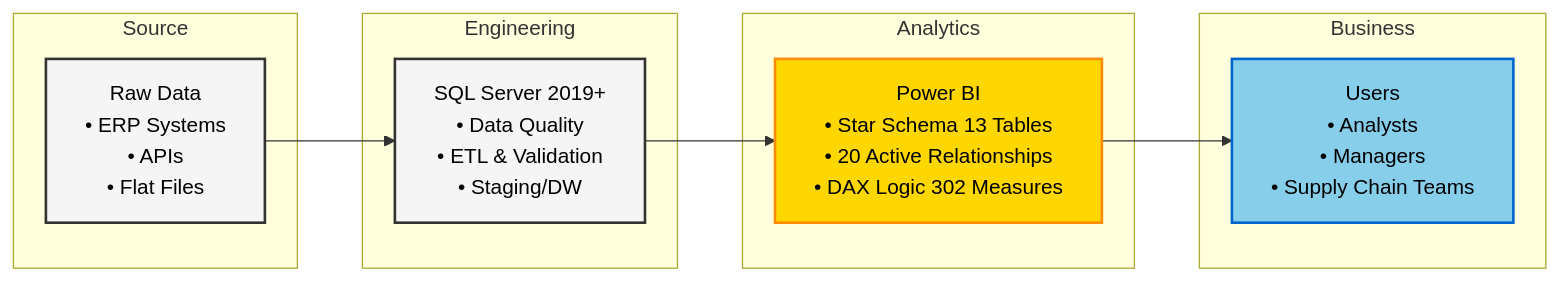
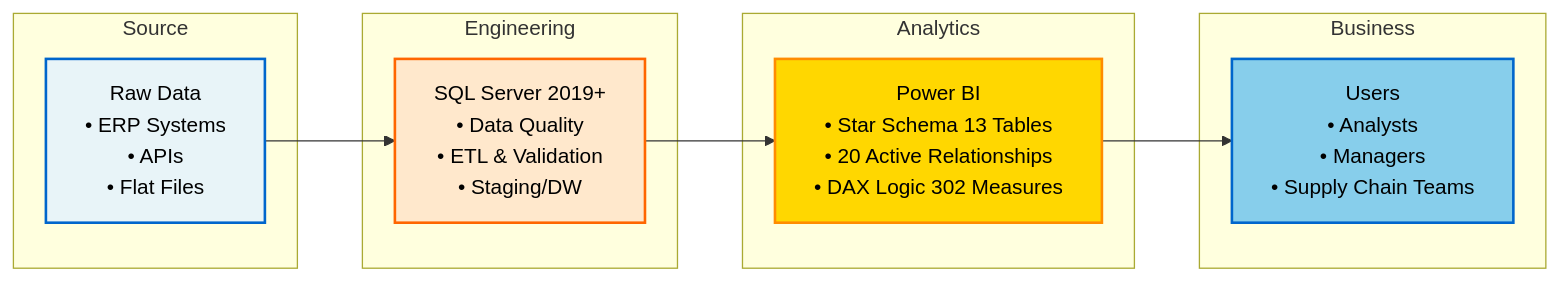
The diagram in README.md (Data-Marc/pharma-logistics-bi), drawn with Mermaid before and after one commit.

Commit message:
Add distinct colors to each architecture diagram box

````diff
--- a/README.md
+++ b/README.md
@@ -41,27 +41,27 @@
 ```mermaid
 graph LR
     subgraph "Source"
     A["Raw Data<br/>• ERP Systems<br/>• APIs<br/>• Flat Files"]
     end
     
     subgraph "Engineering"
     B["SQL Server 2019+<br/>• Data Quality<br/>• ETL & Validation<br/>• Staging/DW"]
     end
     
     subgraph "Analytics"
     C["Power BI<br/>• Star Schema 13 Tables<br/>• 20 Active Relationships<br/>• DAX Logic 302 Measures"]
     end
     
     subgraph "Business"
     D["Users<br/>• Analysts<br/>• Managers<br/>• Supply Chain Teams"]
     end
 
     A --> B
     B --> C
     C --> D
     
-    style A fill:#f5f5f5,stroke:#333,stroke-width:2px,color:#000
-    style B fill:#f5f5f5,stroke:#333,stroke-width:2px,color:#000
+    style A fill:#e8f4f8,stroke:#0066cc,stroke-width:2px,color:#000
+    style B fill:#ffe8cc,stroke:#ff6600,stroke-width:2px,color:#000
     style C fill:#ffd700,stroke:#ff8c00,stroke-width:2px,color:#000
     style D fill:#87ceeb,stroke:#0066cc,stroke-width:2px,color:#000
 ```
````
